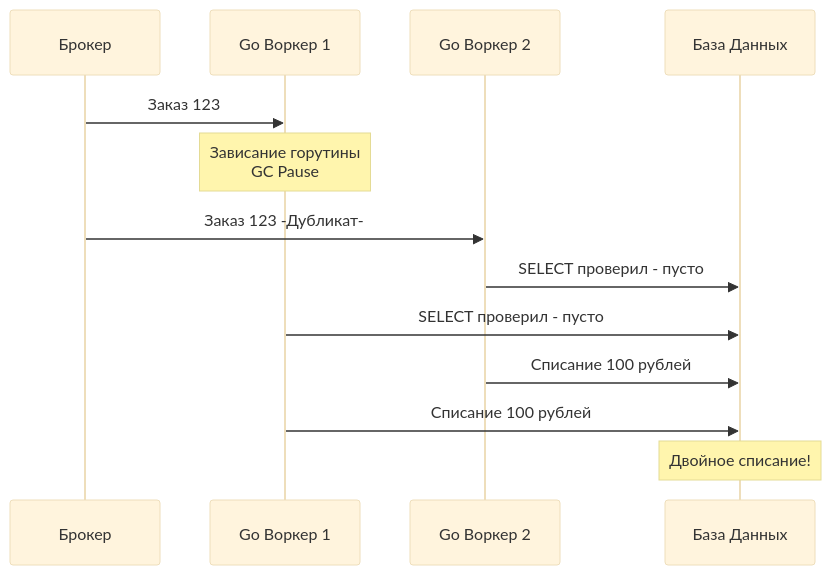
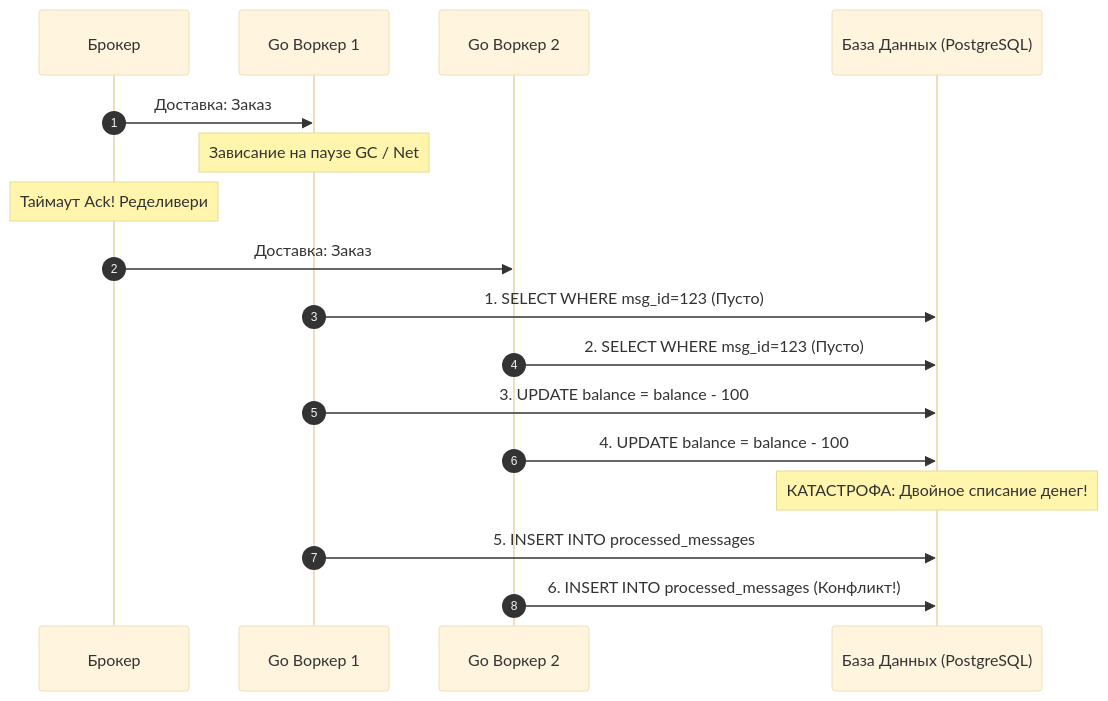
Before and after one commit to UnrealTemplier/go-textbook: the first of 2 diagrams in sources/13. Очереди, брокеры сообщений и оркестраторы/01. Фундамент асинхронности/10. Idempotency в message processing.md, drawn with Mermaid (base theme). The commit also changed other lines of this file, not shown here.

````diff
--- a/sources/13. Очереди, брокеры сообщений и оркестраторы/01. Фундамент асинхронности/10. Idempotency в message processing.md
+++ b/sources/13. Очереди, брокеры сообщений и оркестраторы/01. Фундамент асинхронности/10. Idempotency в message processing.md
@@ -38,16 +67,20 @@
 ```mermaid
 sequenceDiagram
+    autonumber
     participant B as Брокер
     participant W1 as Go Воркер 1
     participant W2 as Go Воркер 2
-    participant DB as База Данных
+    participant DB as База Данных (PostgreSQL)
 
-    B->>W1: Заказ 123
-    Note over W1: Зависание горутины <br> GC Pause
-    B->>W2: Заказ 123 -Дубликат-
-    W2->>DB: SELECT проверил - пусто
-    W1->>DB: SELECT проверил - пусто
-    W2->>DB: Списание 100 рублей
-    W1->>DB: Списание 100 рублей
-    Note over DB: Двойное списание!
+    B->>W1: Доставка: Заказ #123
+    Note over W1: Зависание на паузе GC / Net
+    Note over B: Таймаут Ack! Ределивери
+    B->>W2: Доставка: Заказ #123 (Дубликат)
+    W1->>DB: 1. SELECT WHERE msg_id=123 (Пусто)
+    W2->>DB: 2. SELECT WHERE msg_id=123 (Пусто)
+    W1->>DB: 3. UPDATE balance = balance - 100
+    W2->>DB: 4. UPDATE balance = balance - 100
+    Note over DB: КАТАСТРОФА: Двойное списание денег!
+    W1->>DB: 5. INSERT INTO processed_messages
+    W2->>DB: 6. INSERT INTO processed_messages (Конфликт!)
 ```
````
